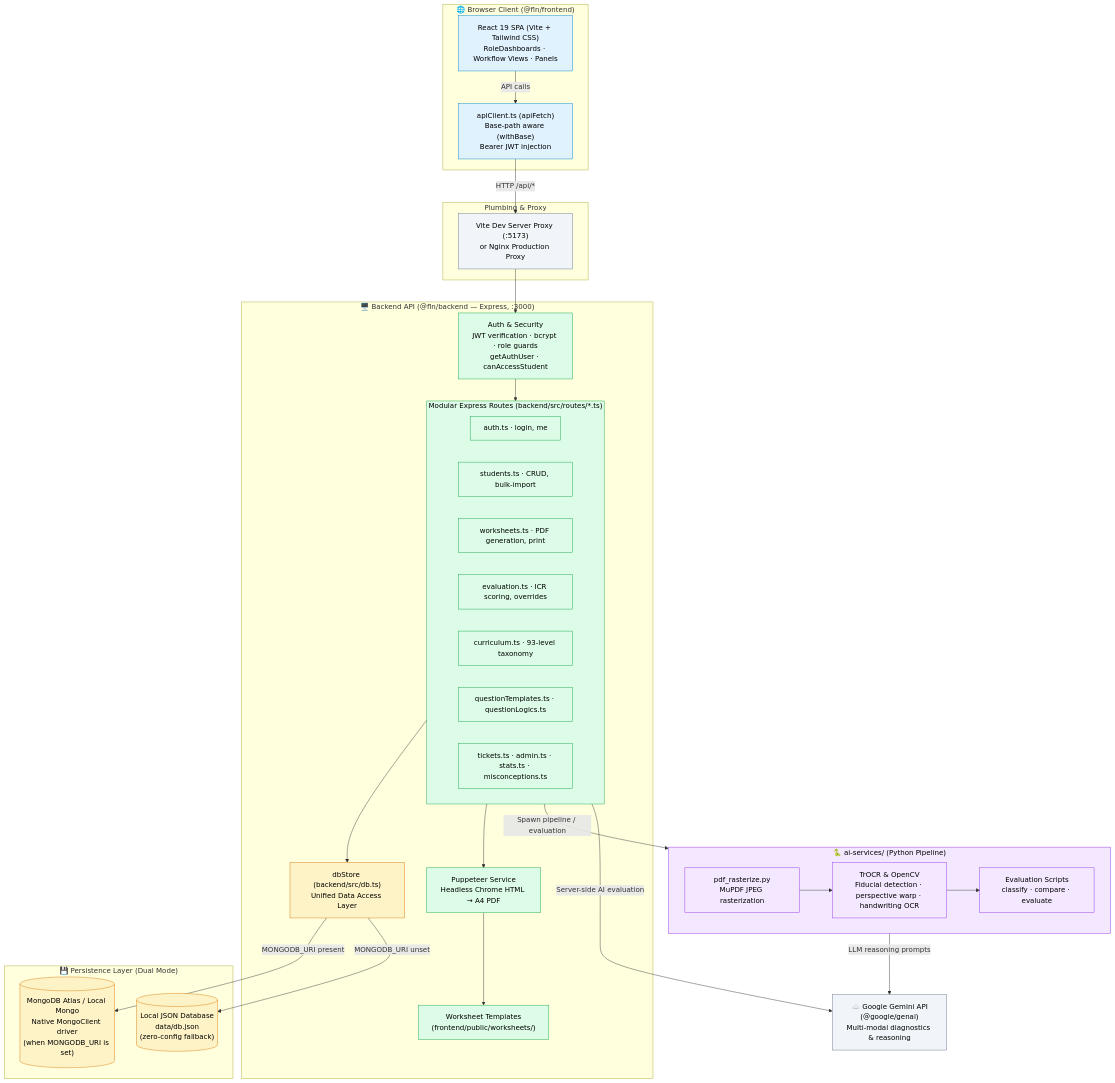
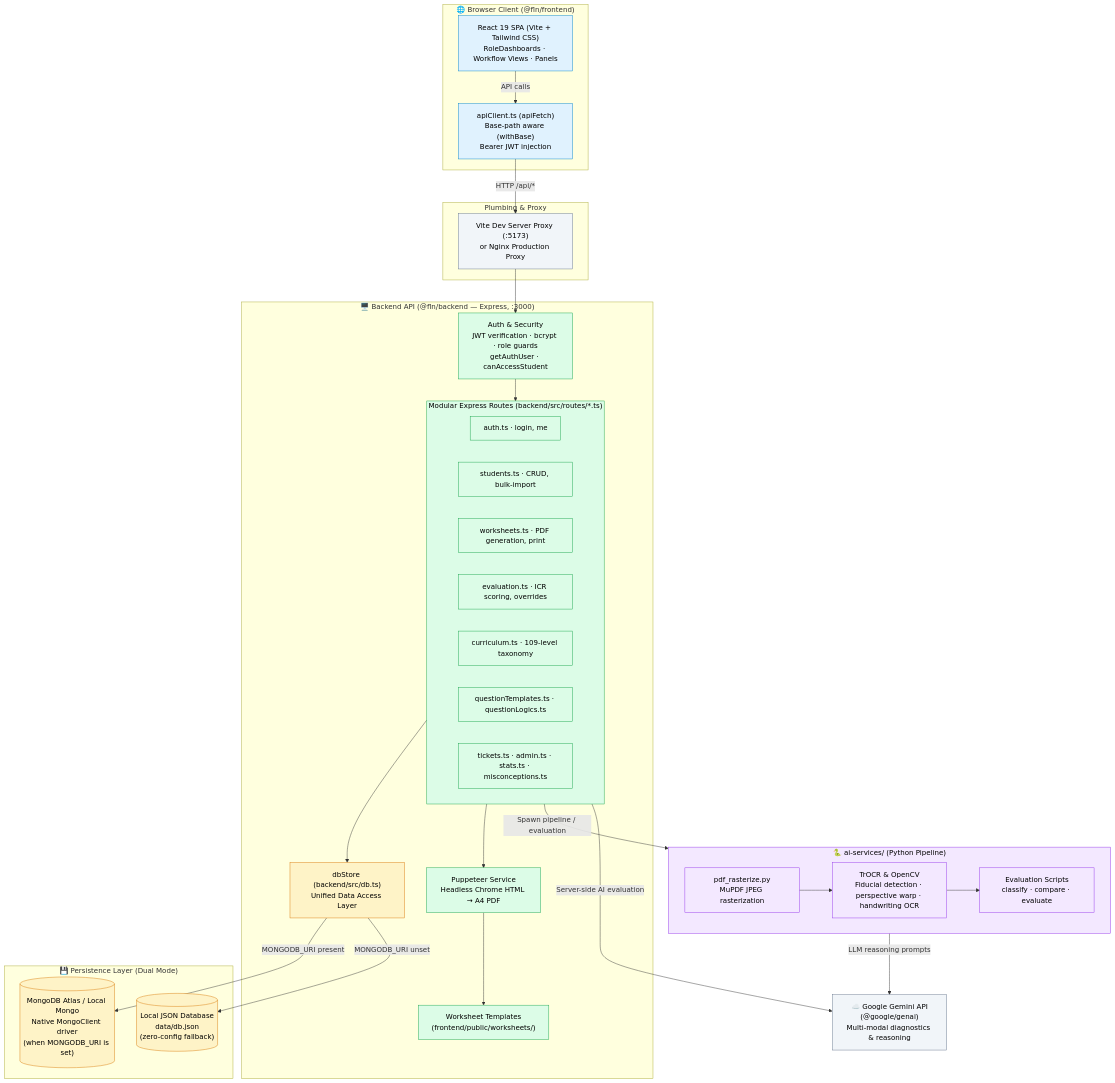
One commit to vicharanashala/fln changed the first of 3 diagrams in ARCHITECTURE.md. Above: the diagram before and after it, drawn with Mermaid. The commit also changed other lines of this file, not shown here.

First line of the commit message:
docs(architecture): say 109 levels instead of 93 (Refs #541)

````diff
--- a/ARCHITECTURE.md
+++ b/ARCHITECTURE.md
@@ -11,69 +11,69 @@
 ```mermaid
 flowchart TB
     subgraph Browser["🌐 Browser Client (@fln/frontend)"]
         UI["React 19 SPA (Vite + Tailwind CSS)<br/>RoleDashboards · Workflow Views · Panels"]
         APIClient["apiClient.ts (apiFetch)<br/>Base-path aware (withBase)<br/>Bearer JWT injection"]
         UI -->|"API calls"| APIClient
     end
 
     subgraph Network["Plumbing & Proxy"]
         ViteProxy["Vite Dev Server Proxy (:5173)<br/>or Nginx Production Proxy"]
         APIClient -->|"HTTP /api/*"| ViteProxy
     end
 
     subgraph Backend["🖥️ Backend API (@fln/backend — Express, :3000)"]
         Auth["Auth & Security<br/>JWT verification · bcrypt · role guards<br/>getAuthUser · canAccessStudent"]
         
         subgraph Routes["Modular Express Routes (backend/src/routes/*.ts)"]
             R_Auth["auth.ts · login, me"]
             R_Students["students.ts · CRUD, bulk-import"]
             R_Worksheets["worksheets.ts · PDF generation, print"]
             R_Eval["evaluation.ts · ICR scoring, overrides"]
-            R_Curriculum["curriculum.ts · 93-level taxonomy"]
+            R_Curriculum["curriculum.ts · 109-level taxonomy"]
             R_Authoring["questionTemplates.ts · questionLogics.ts"]
             R_Other["tickets.ts · admin.ts · stats.ts · misconceptions.ts"]
         end
 
         DBStore["dbStore (backend/src/db.ts)<br/>Unified Data Access Layer"]
         PuppeteerEngine["Puppeteer Service<br/>Headless Chrome HTML → A4 PDF"]
         Templates["Worksheet Templates<br/>(frontend/public/worksheets/)"]
 
         ViteProxy --> Auth
         Auth --> Routes
         Routes --> DBStore
         Routes --> PuppeteerEngine
         PuppeteerEngine --> Templates
     end
 
     subgraph Persistence["💾 Persistence Layer (Dual Mode)"]
         MongoDB[("MongoDB Atlas / Local Mongo<br/>Native MongoClient driver<br/>(when MONGODB_URI is set)")]
         LocalJSON[("Local JSON Database<br/>data/db.json<br/>(zero-config fallback)")]
         DBStore -->|"MONGODB_URI present"| MongoDB
         DBStore -->|"MONGODB_URI unset"| LocalJSON
     end
 
     subgraph AIServices["🐍 ai-services/ (Python Pipeline)"]
         PDFRaster["pdf_rasterize.py<br/>MuPDF JPEG rasterization"]
         Vision["TrOCR & OpenCV<br/>Fiducial detection · perspective warp · handwriting OCR"]
         EvalPipeline["Evaluation Scripts<br/>classify · compare · evaluate"]
         PDFRaster --> Vision --> EvalPipeline
     end
 
     CloudAI["☁️ Google Gemini API<br/>(@google/genai)<br/>Multi-modal diagnostics & reasoning"]
 
     Routes -->|"Spawn pipeline / evaluation"| AIServices
     Routes -->|"Server-side AI evaluation"| CloudAI
     AIServices -->|"LLM reasoning prompts"| CloudAI
 
     classDef client fill:#e0f2fe,stroke:#0284c7,color:#000
     classDef server fill:#dcfce7,stroke:#16a34a,color:#000
     classDef storage fill:#fef3c7,stroke:#d97706,color:#000
     classDef ai fill:#f3e8ff,stroke:#9333ea,color:#000
     classDef cloud fill:#f1f5f9,stroke:#64748b,color:#000
 
     class UI,APIClient client
     class Auth,Routes,R_Auth,R_Students,R_Worksheets,R_Eval,R_Curriculum,R_Authoring,R_Other,PuppeteerEngine,Templates server
     class DBStore,MongoDB,LocalJSON storage
     class AIServices,PDFRaster,Vision,EvalPipeline ai
     class ViteProxy,CloudAI cloud
 ```
````
